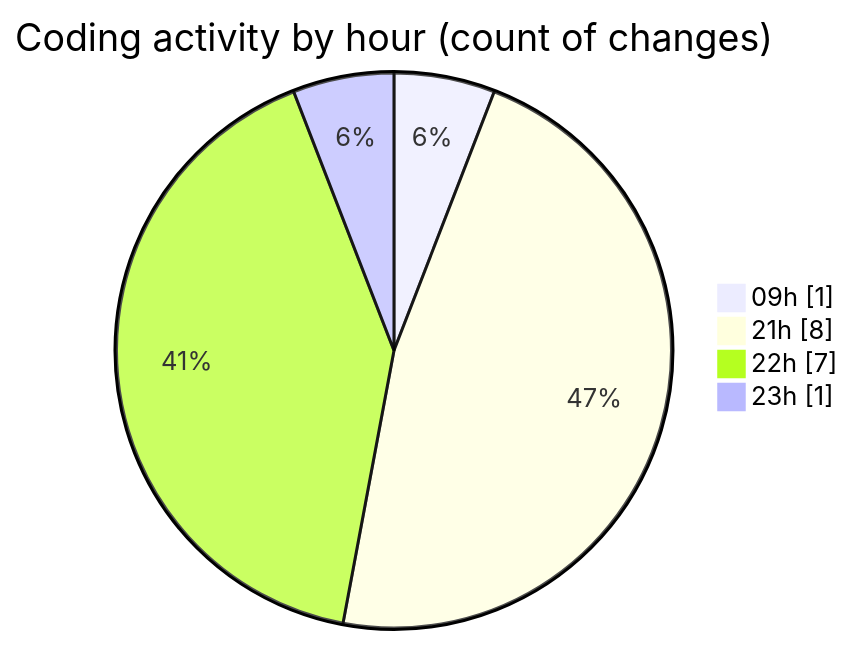
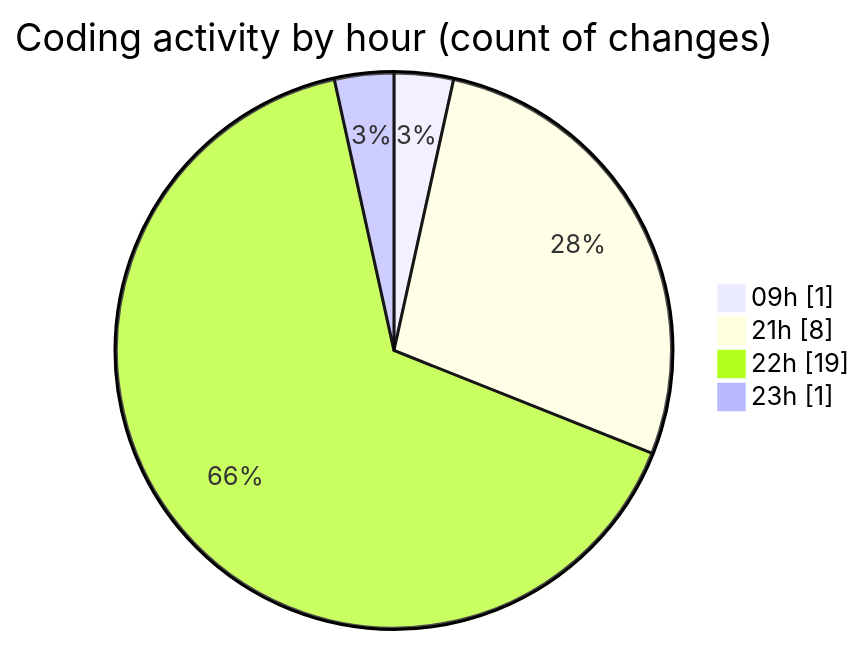
The second of 2 diagrams in 2025-02-19/myws__workspace_/README.md (MatusMokan/code-tracking), drawn with Mermaid before and after one commit. The commit also changed other lines of this file and 1 other file, not shown here.

````diff
--- a/2025-02-19/myws__workspace_/README.md
+++ b/2025-02-19/myws__workspace_/README.md
@@ -33,8 +33,8 @@
 ```mermaid
 pie showData
 title Coding activity by hour (count of changes)
 "09h" : 1
 "21h" : 8
-"22h" : 7
+"22h" : 19
 "23h" : 1
 ```
````
